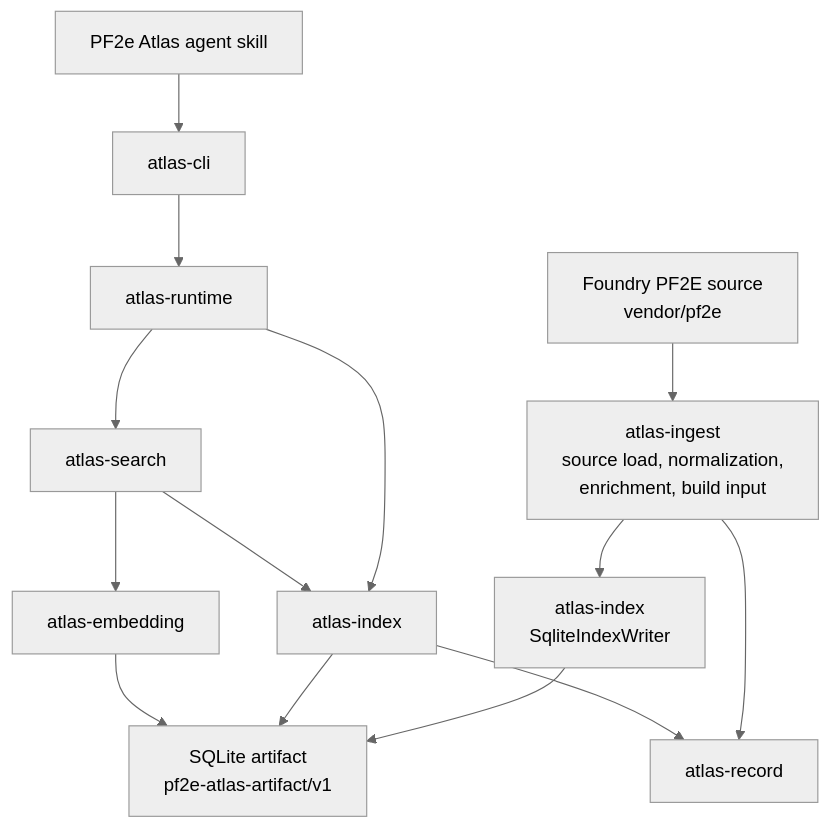
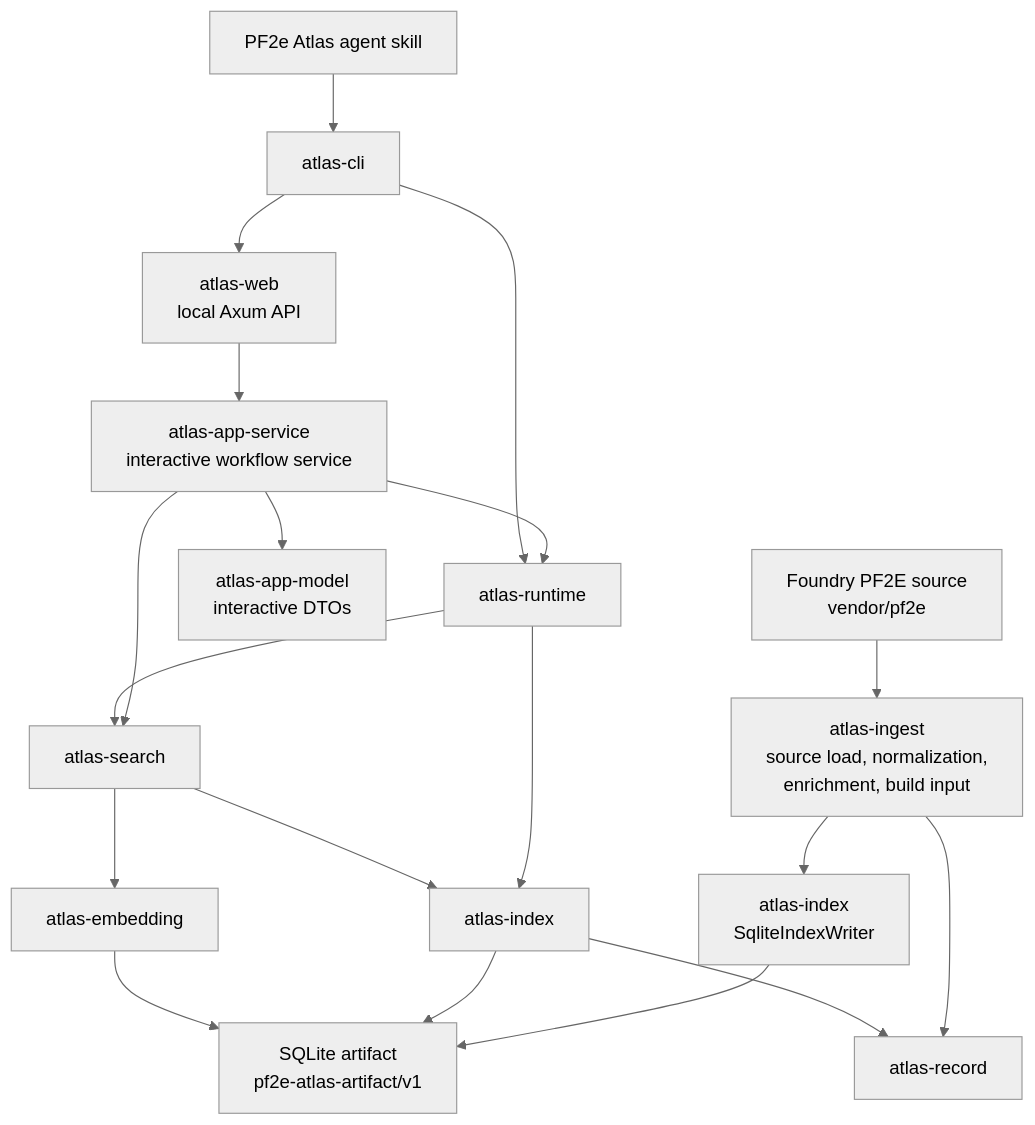
One commit to e-kosten/pf2e-atlas changed the diagram in docs/architecture/overview.md. Above: the diagram before and after it, drawn with Mermaid (neutral theme). The commit also changed other lines of this file and 73 other files, not shown here.

Commit message:
feat: add local web app backend slice

````diff
--- a/docs/architecture/overview.md
+++ b/docs/architecture/overview.md
@@ -30,17 +33,22 @@
 ```mermaid
 flowchart TD
     pf2e["Foundry PF2E source<br/>vendor/pf2e"] --> ingest["atlas-ingest<br/>source load, normalization,<br/>enrichment, build input"]
     ingest --> indexWriter["atlas-index<br/>SqliteIndexWriter"]
     indexWriter --> artifactDb["SQLite artifact<br/>pf2e-atlas-artifact/v1"]
 
     skill["PF2e Atlas agent skill"] --> cli["atlas-cli"]
+    cli --> web["atlas-web<br/>local Axum API"]
+    web --> appService["atlas-app-service<br/>interactive workflow service"]
+    appService --> appModel["atlas-app-model<br/>interactive DTOs"]
+    appService --> runtime
+    appService --> search
     cli --> runtime["atlas-runtime"]
     runtime --> search["atlas-search"]
     runtime --> index["atlas-index"]
     search --> index
     search --> embedding["atlas-embedding"]
     index --> artifactDb
     embedding --> artifactDb
     ingest --> record["atlas-record"]
     index --> record
 ```
````
